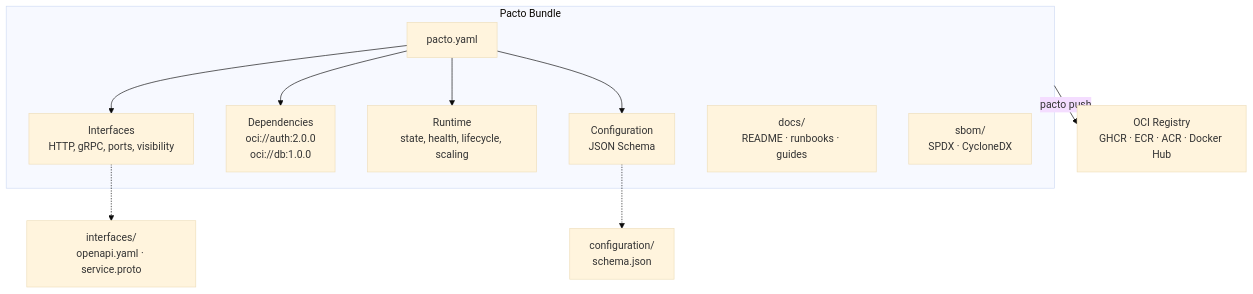
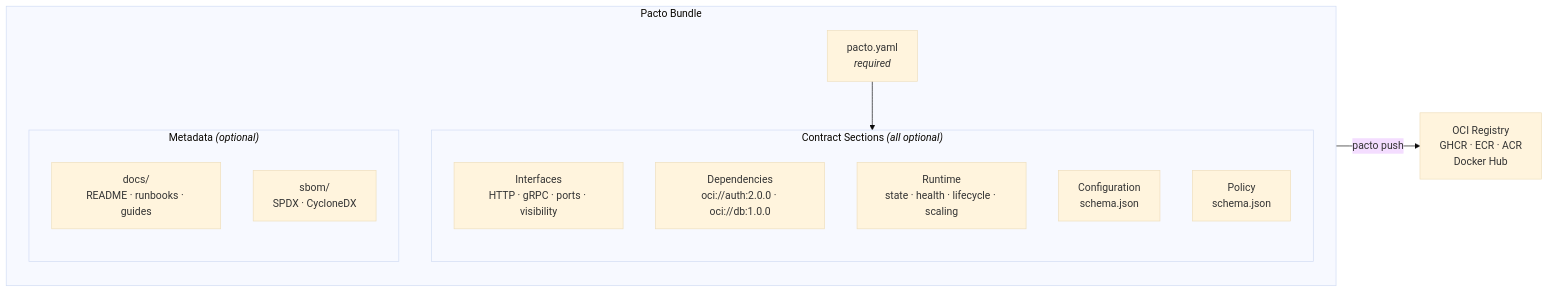
The diagram in README.md (BurkeVeble83476n/pacto), drawn with Mermaid (base theme) before and after one commit. The commit also changed other lines of this file and 20 other files, not shown here.

First line of the commit message:
feat: add policy enforcement and external schema references

````diff
--- a/README.md
+++ b/README.md
@@ -195,19 +197,26 @@
 ```mermaid
-graph TD
+graph LR
     subgraph Bundle["Pacto Bundle"]
-        YAML["pacto.yaml"]
-        YAML --> Interfaces["Interfaces<br/>HTTP, gRPC, ports, visibility"]
-        YAML --> Dependencies["Dependencies<br/>oci://auth:2.0.0<br/>oci://db:1.0.0"]
-        YAML --> Runtime["Runtime<br/>state, health, lifecycle, scaling"]
-        YAML --> Config["Configuration<br/>JSON Schema"]
-        Docs["docs/<br/>README · runbooks · guides"]
-        SBOM["sbom/<br/>SPDX · CycloneDX"]
+        direction TB
+        YAML["pacto.yaml<br/><i>required</i>"]
+
+        subgraph Sections["Contract Sections <i>(all optional)</i>"]
+            direction TB
+            Interfaces["Interfaces<br/>HTTP · gRPC · ports · visibility"]
+            Dependencies["Dependencies<br/>oci://auth:2.0.0 · oci://db:1.0.0"]
+            Runtime["Runtime<br/>state · health · lifecycle · scaling"]
+            Config["Configuration<br/>schema.json"]
+            Policy["Policy<br/>schema.json"]
+        end
+
+        subgraph Extras["Metadata <i>(optional)</i>"]
+            direction TB
+            Docs["docs/<br/>README · runbooks · guides"]
+            SBOM["sbom/<br/>SPDX · CycloneDX"]
+        end
+
+        YAML --> Sections
     end
 
-    IF["interfaces/<br/>openapi.yaml · service.proto"]
-    CF["configuration/<br/>schema.json"]
-
-    Interfaces -.-> IF
-    Config -.-> CF
-    Bundle -- "pacto push" --> Registry["OCI Registry<br/>GHCR · ECR · ACR · Docker Hub"]
+    Bundle -- "pacto push" --> Registry["OCI Registry<br/>GHCR · ECR · ACR<br/>Docker Hub"]
 ```
````
